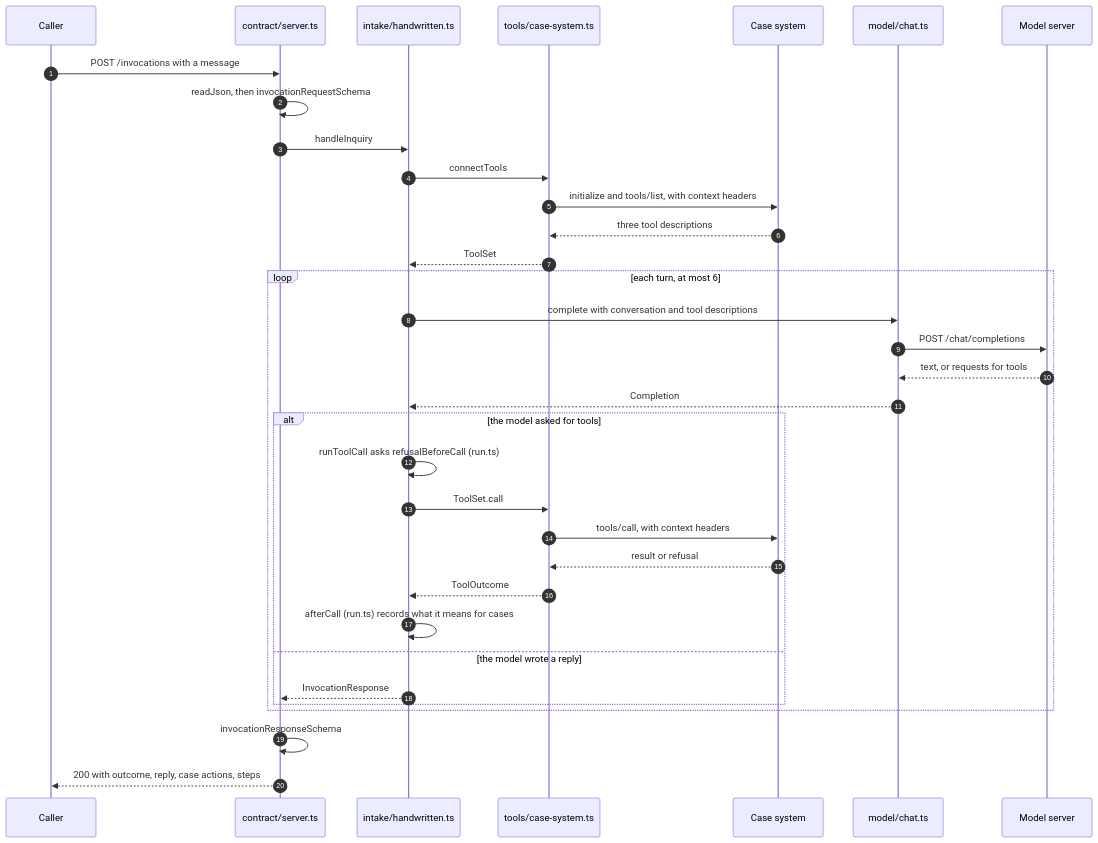
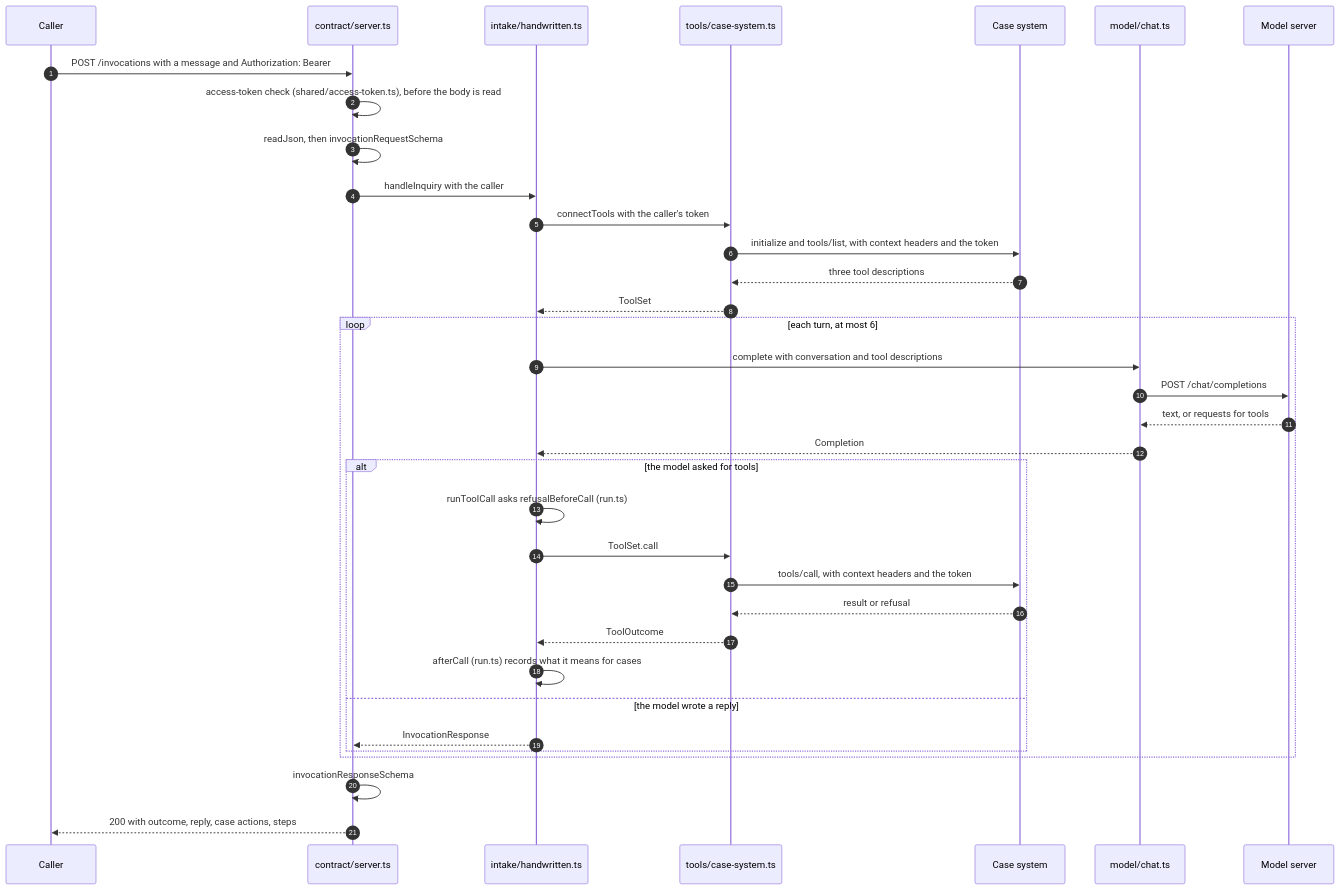
Before and after one commit to AndrewPHunter/ai-on-aws: the second of 4 diagrams in docs/architecture/intake-agent-handwritten.md, drawn with Mermaid. The commit also changed other lines of this file and 20 other files, not shown here.

First line of the commit message:
Agents: a valid access token is required on /invocations

````diff
--- a/docs/architecture/intake-agent-handwritten.md
+++ b/docs/architecture/intake-agent-handwritten.md
@@ -78,37 +79,38 @@
 ```mermaid
 sequenceDiagram
     autonumber
     participant C as Caller
     participant S as contract/server.ts
     participant L as intake/handwritten.ts
     participant T as tools/case-system.ts
     participant K as Case system
     participant M as model/chat.ts
     participant V as Model server
 
-    C->>S: POST /invocations with a message
+    C->>S: POST /invocations with a message and Authorization: Bearer
+    S->>S: access-token check (shared/access-token.ts), before the body is read
     S->>S: readJson, then invocationRequestSchema
-    S->>L: handleInquiry
-    L->>T: connectTools
-    T->>K: initialize and tools/list, with context headers
+    S->>L: handleInquiry with the caller
+    L->>T: connectTools with the caller's token
+    T->>K: initialize and tools/list, with context headers and the token
     K-->>T: three tool descriptions
     T-->>L: ToolSet
     loop each turn, at most 6
         L->>M: complete with conversation and tool descriptions
         M->>V: POST /chat/completions
         V-->>M: text, or requests for tools
         M-->>L: Completion
         alt the model asked for tools
             L->>L: runToolCall asks refusalBeforeCall (run.ts)
             L->>T: ToolSet.call
-            T->>K: tools/call, with context headers
+            T->>K: tools/call, with context headers and the token
             K-->>T: result or refusal
             T-->>L: ToolOutcome
             L->>L: afterCall (run.ts) records what it means for cases
         else the model wrote a reply
             L-->>S: InvocationResponse
         end
     end
     S->>S: invocationResponseSchema
     S-->>C: 200 with outcome, reply, case actions, steps
 ```
````
